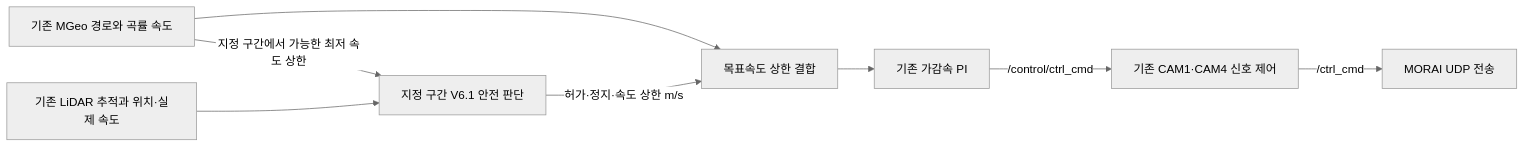
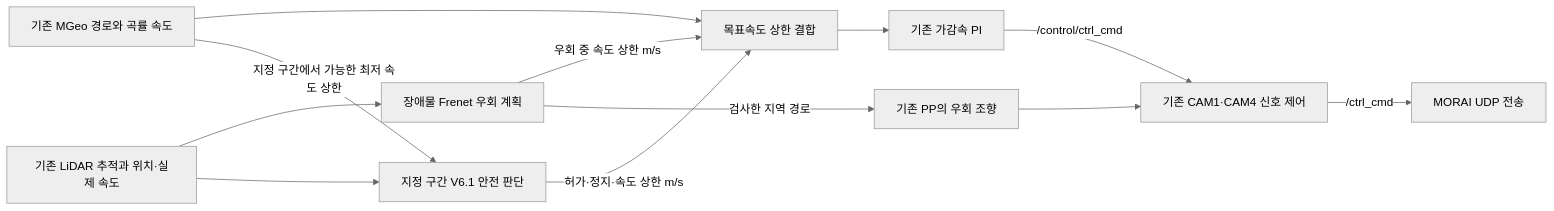
One commit to hyunho0429/AutoVehicle changed the diagram in README.md. Above: the diagram before and after it, drawn with Mermaid (neutral theme). The commit also changed other lines of this file and 21 other files, not shown here.

````diff
--- a/README.md
+++ b/README.md
@@ -18,10 +22,14 @@
 ```mermaid
 flowchart LR
   MAP[기존 MGeo 경로와 곡률 속도] --> CAP[목표속도 상한 결합]
+  LIDAR --> AVOID[장애물 Frenet 우회 계획]
+  AVOID -->|우회 중 속도 상한 m/s| CAP
+  AVOID -->|검사한 지역 경로| STEER[기존 PP의 우회 조향]
   LIDAR[기존 LiDAR 추적과 위치·실제 속도] --> ROUND[지정 구간 V6.1 안전 판단]
   ROUND -->|허가·정지·속도 상한 m/s| CAP
   MAP -->|지정 구간에서 가능한 최저 속도 상한| ROUND
   CAP --> PI[기존 가감속 PI]
   PI -->|/control/ctrl_cmd| SIGNAL[기존 CAM1·CAM4 신호 제어]
+  STEER --> SIGNAL
   SIGNAL -->|/ctrl_cmd| UDP[MORAI UDP 전송]
 ```
````
